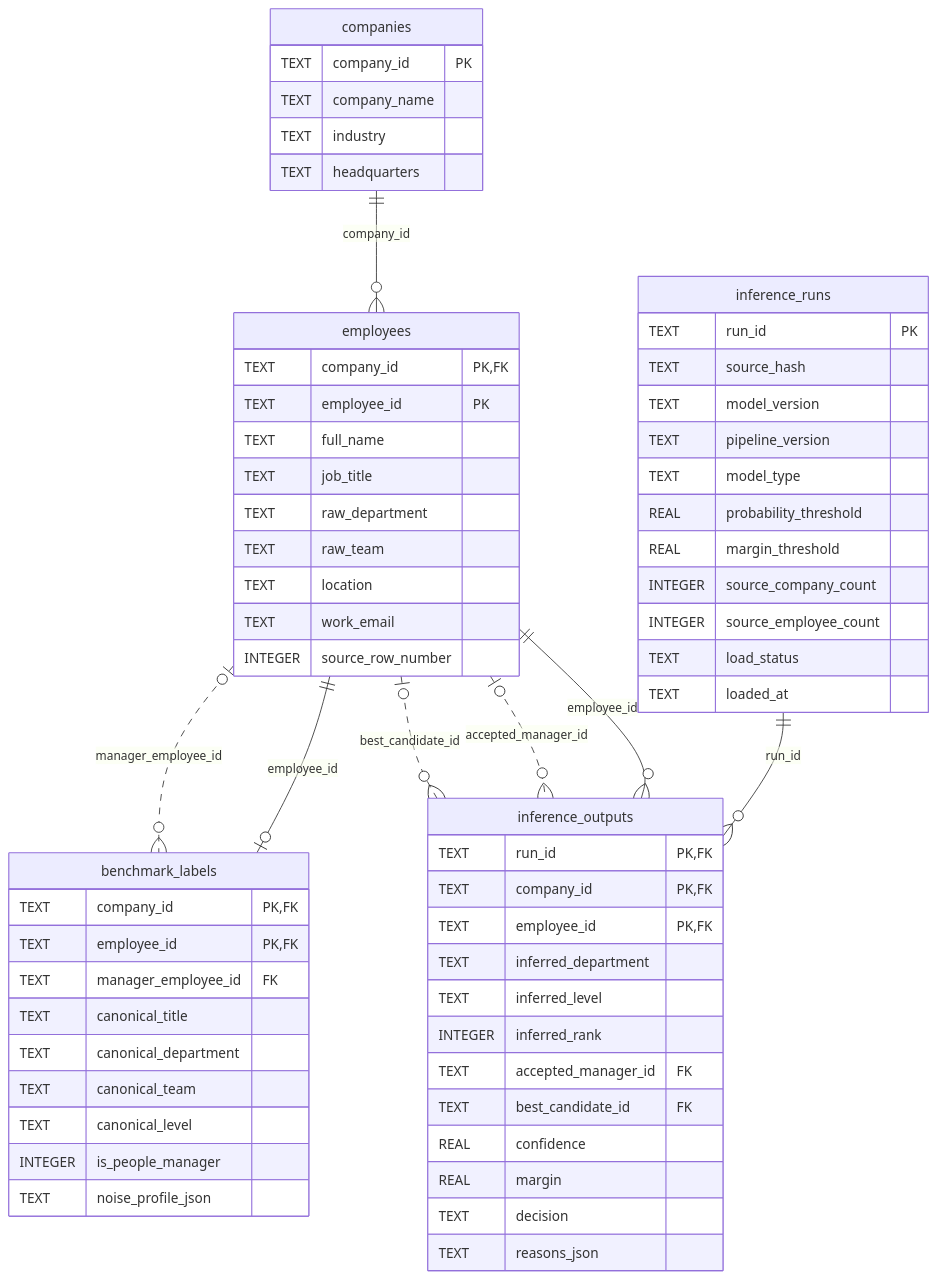
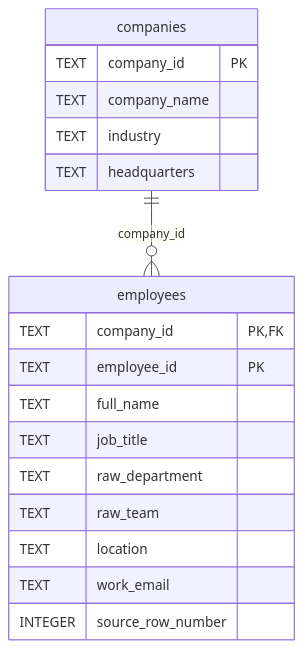
The diagram in public/database-erd.mmd (meet2712/orggraph-python), drawn with Mermaid before and after one commit. The commit also changed 26 other files, not shown here.

Commit message:
Derive org chart inference from live SQLite views

```diff
--- a/public/database-erd.mmd
+++ b/public/database-erd.mmd
@@ -1,63 +1,19 @@
 erDiagram
     companies {
         TEXT company_id PK
         TEXT company_name
         TEXT industry
         TEXT headquarters
     }
     employees {
         TEXT company_id PK,FK
         TEXT employee_id PK
         TEXT full_name
         TEXT job_title
         TEXT raw_department
         TEXT raw_team
         TEXT location
         TEXT work_email
         INTEGER source_row_number
     }
-    benchmark_labels {
-        TEXT company_id PK,FK
-        TEXT employee_id PK,FK
-        TEXT manager_employee_id FK
-        TEXT canonical_title
-        TEXT canonical_department
-        TEXT canonical_team
-        TEXT canonical_level
-        INTEGER is_people_manager
-        TEXT noise_profile_json
-    }
-    inference_runs {
-        TEXT run_id PK
-        TEXT source_hash
-        TEXT model_version
-        TEXT pipeline_version
-        TEXT model_type
-        REAL probability_threshold
-        REAL margin_threshold
-        INTEGER source_company_count
-        INTEGER source_employee_count
-        TEXT load_status
-        TEXT loaded_at
-    }
-    inference_outputs {
-        TEXT run_id PK,FK
-        TEXT company_id PK,FK
-        TEXT employee_id PK,FK
-        TEXT inferred_department
-        TEXT inferred_level
-        INTEGER inferred_rank
-        TEXT accepted_manager_id FK
-        TEXT best_candidate_id FK
-        REAL confidence
-        REAL margin
-        TEXT decision
-        TEXT reasons_json
-    }
     companies ||--o{ employees : company_id
-    employees |o..o{ benchmark_labels : manager_employee_id
-    employees ||--o| benchmark_labels : employee_id
-    employees |o..o{ inference_outputs : best_candidate_id
-    employees |o..o{ inference_outputs : accepted_manager_id
-    employees ||--o{ inference_outputs : employee_id
-    inference_runs ||--o{ inference_outputs : run_id
```
